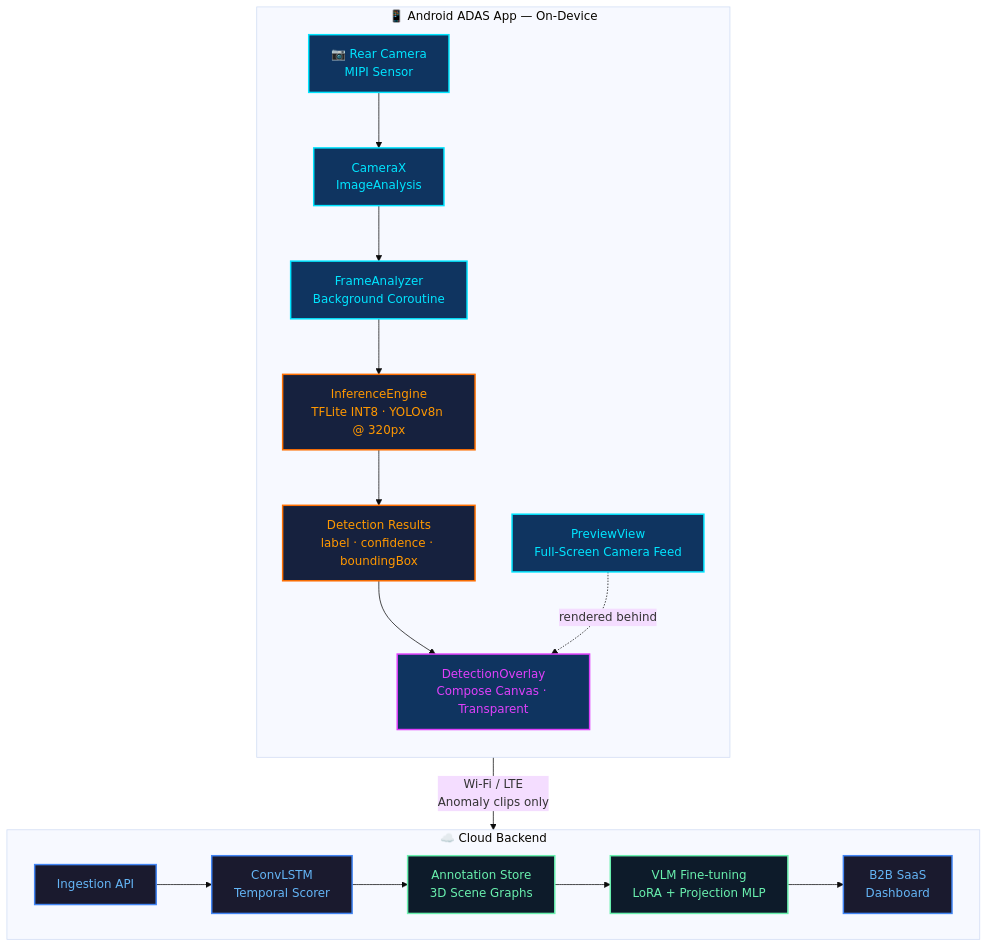
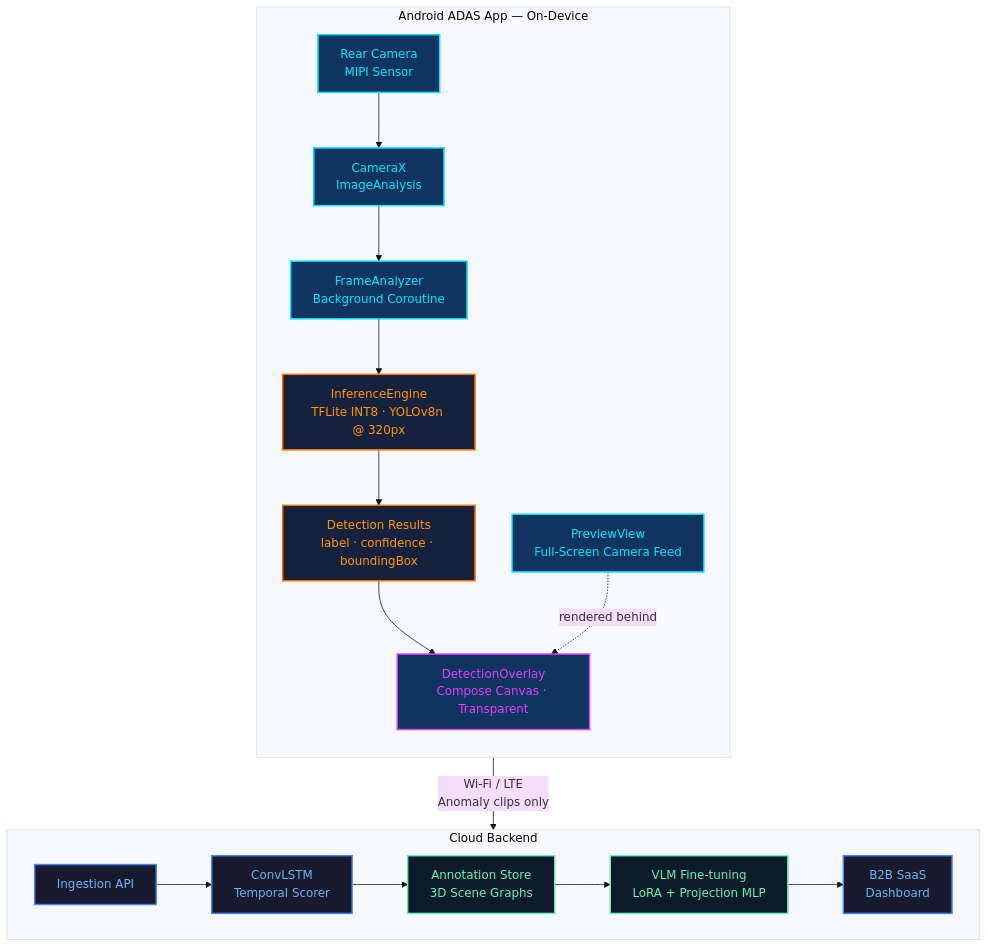
One commit to BHUKKADDD/ADAS changed the first of 3 diagrams in README.md. Above: the diagram before and after it, drawn with Mermaid (base theme). The commit also changed other lines of this file and 3 other files, not shown here.

````diff
--- a/README.md
+++ b/README.md
@@ -72,36 +72,36 @@
 ```mermaid
 flowchart TB
     classDef phone    fill:#1a1a2e,stroke:#3DDC84,stroke-width:2px,color:#3DDC84,font-weight:bold
     classDef camera   fill:#0f3460,stroke:#00E5FF,stroke-width:2px,color:#00E5FF
     classDef ml       fill:#16213e,stroke:#FF6F00,stroke-width:2px,color:#FF9800
     classDef overlay  fill:#0f3460,stroke:#E040FB,stroke-width:2px,color:#E040FB
     classDef cloud    fill:#1a1a2e,stroke:#4285F4,stroke-width:2px,color:#64B5F6
     classDef data     fill:#0d1b2a,stroke:#69F0AE,stroke-width:2px,color:#69F0AE
     classDef decision fill:#1a0a2e,stroke:#FF4081,stroke-width:2px,color:#FF8A80
 
-    subgraph PHONE ["📱 Android ADAS App — On-Device"]
+    subgraph PHONE ["Android ADAS App — On-Device"]
         direction TB
-        CAM["📷 Rear Camera\nMIPI Sensor"]:::camera
+        CAM["Rear Camera\nMIPI Sensor"]:::camera
         CX["CameraX\nImageAnalysis"]:::camera
         FA["FrameAnalyzer\nBackground Coroutine"]:::camera
         IE["InferenceEngine\nTFLite INT8 · YOLOv8n @ 320px"]:::ml
         DET["Detection Results\nlabel · confidence · boundingBox"]:::ml
         OV["DetectionOverlay\nCompose Canvas · Transparent"]:::overlay
         PV["PreviewView\nFull-Screen Camera Feed"]:::camera
     end
 
-    subgraph CLOUD ["☁️ Cloud Backend"]
+    subgraph CLOUD ["Cloud Backend"]
         direction LR
         ING["Ingestion API"]:::cloud
         CONV["ConvLSTM\nTemporal Scorer"]:::cloud
         ANN["Annotation Store\n3D Scene Graphs"]:::data
         VLM["VLM Fine-tuning\nLoRA + Projection MLP"]:::data
         DASH["B2B SaaS\nDashboard"]:::cloud
     end
 
     CAM --> CX --> FA --> IE --> DET --> OV
     PV -. "rendered behind" .-> OV
 
     PHONE -- "Wi-Fi / LTE\nAnomaly clips only" --> ING
     ING --> CONV --> ANN --> VLM --> DASH
 ```
````
